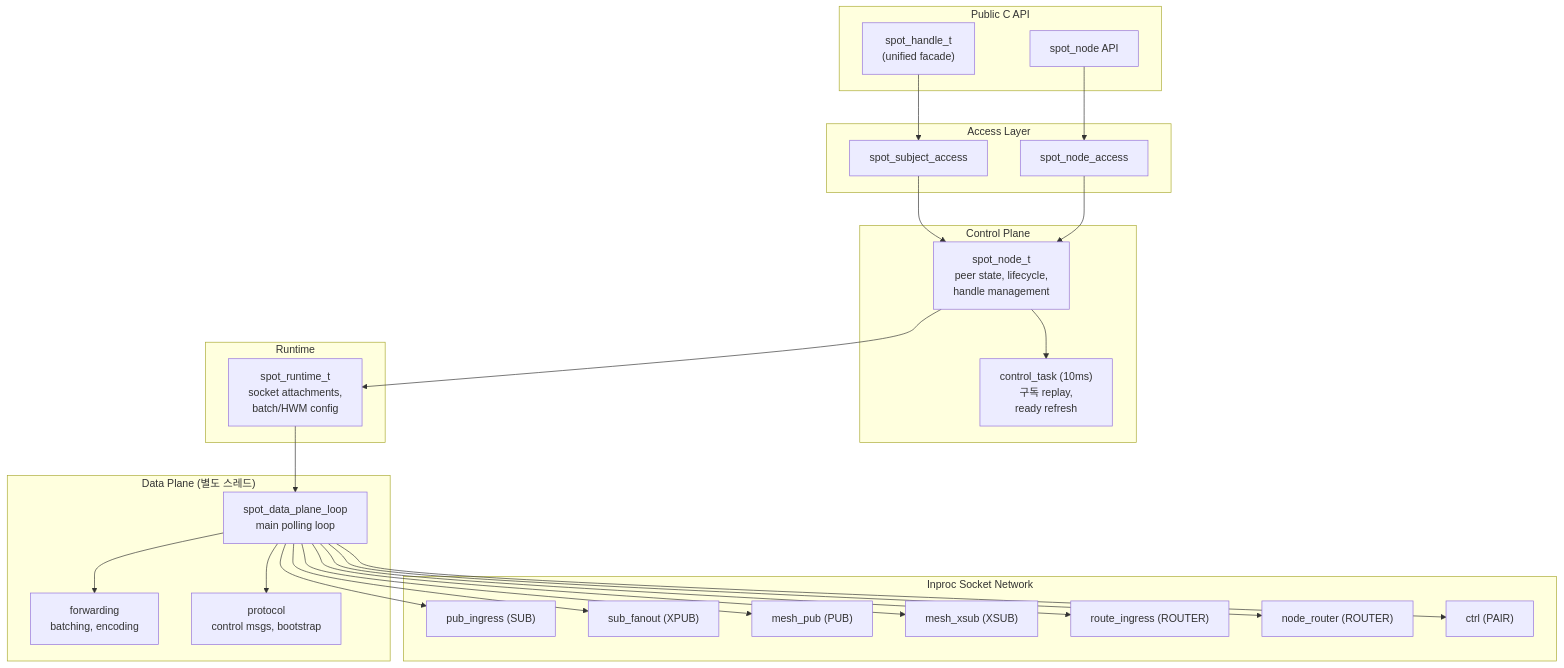
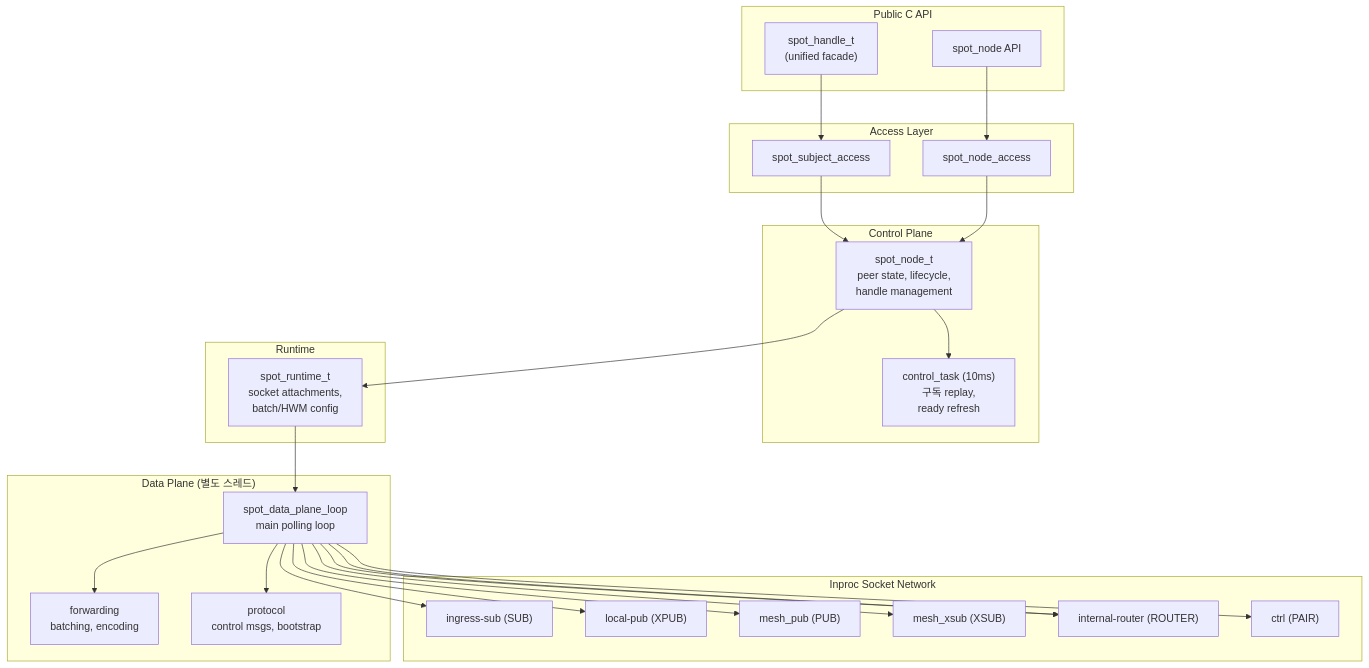
The fourth of 14 diagrams in doc/internals/services-internals.ko.md (kairos-code-dev/zlink), drawn with Mermaid before and after one commit. The commit also changed other lines of this file and 117 other files, not shown here.

````diff
--- a/doc/internals/services-internals.ko.md
+++ b/doc/internals/services-internals.ko.md
@@ -270,54 +270,54 @@
 ```mermaid
 flowchart TB
     subgraph PublicAPI["Public C API"]
         spot_handle["spot_handle_t<br/>(unified facade)"]
         spot_node_api["spot_node API"]
     end
 
     subgraph AccessLayer["Access Layer"]
         subject_access["spot_subject_access"]
         node_access["spot_node_access"]
     end
 
     subgraph ControlPlane["Control Plane"]
         spot_node["spot_node_t<br/>peer state, lifecycle,<br/>handle management"]
         control_task["control_task (10ms)<br/>구독 replay,<br/>ready refresh"]
     end
 
     subgraph Runtime["Runtime"]
         spot_runtime["spot_runtime_t<br/>socket attachments,<br/>batch/HWM config"]
     end
 
     subgraph DataPlane["Data Plane (별도 스레드)"]
         dp_loop["spot_data_plane_loop<br/>main polling loop"]
         dp_forwarding["forwarding<br/>batching, encoding"]
         dp_protocol["protocol<br/>control msgs, bootstrap"]
     end
 
     subgraph InprocSockets["Inproc Socket Network"]
-        pub_ingress["pub_ingress (SUB)"]
-        sub_fanout["sub_fanout (XPUB)"]
+        ingress-sub["ingress-sub (SUB)"]
+        local-pub["local-pub (XPUB)"]
         mesh_pub["mesh_pub (PUB)"]
         mesh_xsub["mesh_xsub (XSUB)"]
-        route_ingress["route_ingress (ROUTER)"]
-        node_router["node_router (ROUTER)"]
+        internal-router["internal-router (ROUTER)"]
+        internal-router["internal-router (ROUTER)"]
         ctrl_pair["ctrl (PAIR)"]
     end
 
     spot_handle --> subject_access
     spot_node_api --> node_access
     subject_access --> spot_node
     node_access --> spot_node
     spot_node --> control_task
     spot_node --> spot_runtime
     spot_runtime --> dp_loop
     dp_loop --> dp_forwarding
     dp_loop --> dp_protocol
-    dp_loop --> pub_ingress
-    dp_loop --> sub_fanout
+    dp_loop --> ingress-sub
+    dp_loop --> local-pub
     dp_loop --> mesh_pub
     dp_loop --> mesh_xsub
-    dp_loop --> route_ingress
-    dp_loop --> node_router
+    dp_loop --> internal-router
+    dp_loop --> internal-router
     dp_loop --> ctrl_pair
 ```
````
